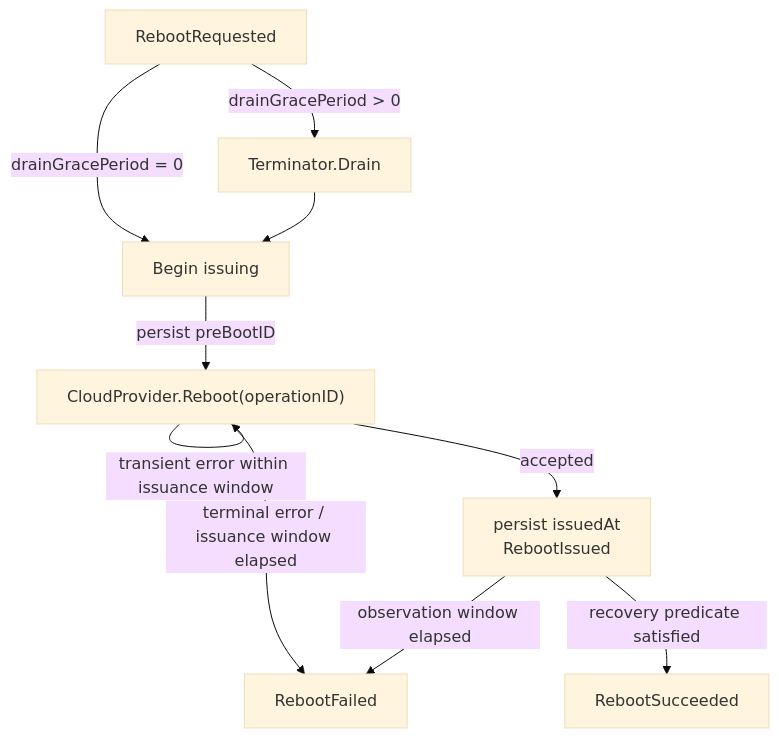
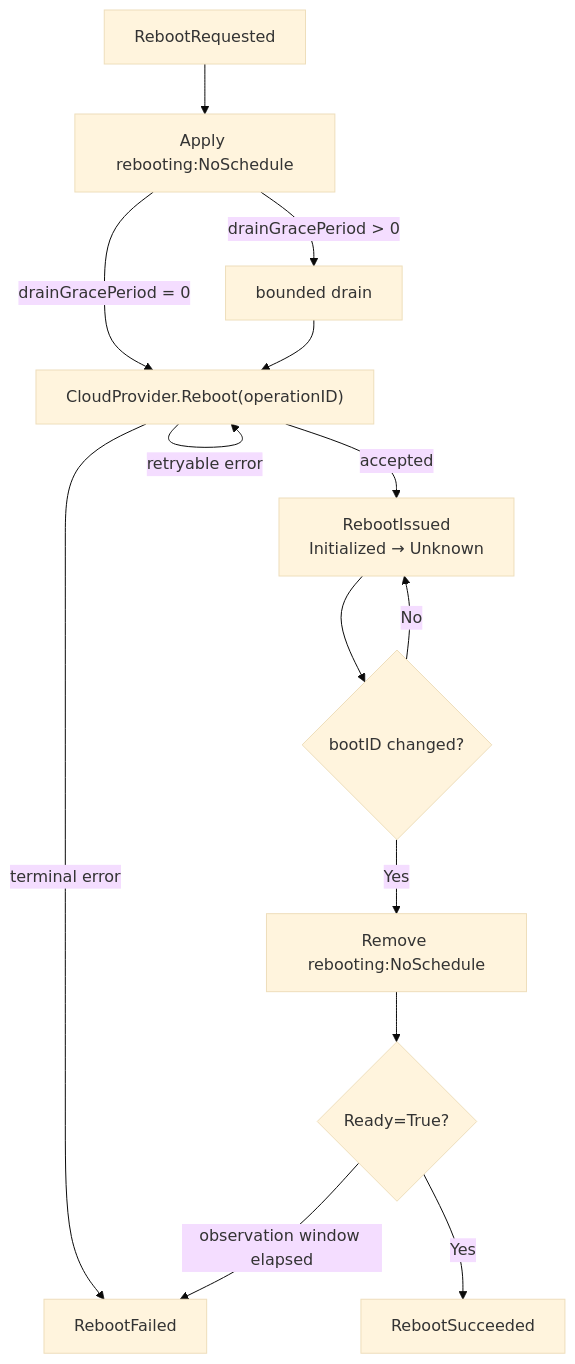
One commit to kubernetes-sigs/karpenter changed the second of 3 diagrams in designs/reboot-node-action.md. Above: the diagram before and after it, drawn with Mermaid (base theme). The commit also changed other lines of this file, not shown here.

First line of the commit message:
docs: revise reboot-node-action RFC

````diff
--- a/designs/reboot-node-action.md
+++ b/designs/reboot-node-action.md
@@ -157,15 +156,19 @@
 ```mermaid
 flowchart TD
-    REQ["RebootRequested"] -->|"drainGracePeriod > 0"| DRAIN["Terminator.Drain"]
-    REQ -->|"drainGracePeriod = 0"| ISSUE["Begin issuing"]
-    DRAIN --> ISSUE
+    REQ["RebootRequested"] --> FENCE["Apply rebooting:NoSchedule"]
+    FENCE -->|"drainGracePeriod > 0"| DRAIN["bounded drain"]
+    FENCE -->|"drainGracePeriod = 0"| CALL["CloudProvider.Reboot(operationID)"]
+    DRAIN --> CALL
 
-    ISSUE -->|"persist preBootID"| CALL["CloudProvider.Reboot(operationID)"]
+    CALL -->|"retryable error"| CALL
+    CALL -->|"terminal error"| FAIL["RebootFailed"]
+    CALL -->|"accepted"| ISSUED["RebootIssued<br/>Initialized → Unknown"]
 
-    CALL -->|"transient error within issuance window"| CALL
-    CALL -->|"terminal error / issuance window elapsed"| FAIL["RebootFailed"]
-    CALL -->|"accepted"| ISSUED["persist issuedAt<br/>RebootIssued"]
+    ISSUED --> BOOT{"bootID changed?"}
+    BOOT -->|"No"| ISSUED
+    BOOT -->|"Yes"| RELEASE["Remove rebooting:NoSchedule"]
 
-    ISSUED -->|"recovery predicate satisfied"| OK["RebootSucceeded"]
-    ISSUED -->|"observation window elapsed"| FAIL
+    RELEASE --> READY{"Ready=True?"}
+    READY -->|"Yes"| OK["RebootSucceeded"]
+    READY -->|"observation window elapsed"| FAIL
 ```
````
